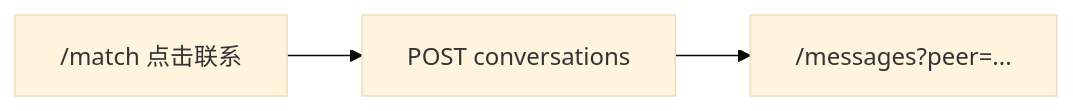
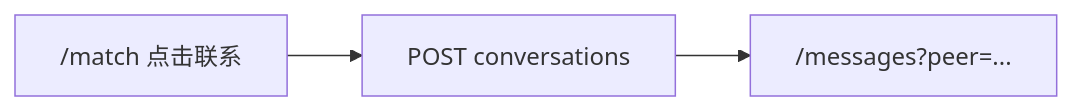
Before and after one commit to FrankDengAI/founder-bridge-AI: diagram 11 of 13 in README.md, drawn with Mermaid. The commit also changed other lines of this file and 75 other files, not shown here.

````diff
--- a/README.md
+++ b/README.md
@@ -1032,8 +1267,7 @@
 ```mermaid
-%%{init: {'theme': 'base', 'themeVariables': {'fontSize': '16px'}}}%%
 flowchart LR
   M["/match 点击联系"]
   API["POST conversations"]
   Page["/messages?peer=..."]
   M --> API --> Page
 ```
````
